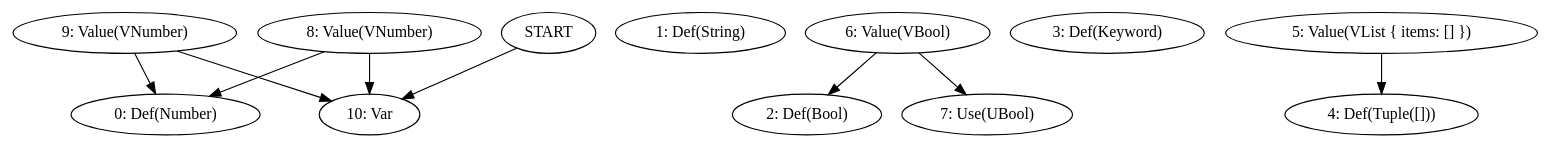
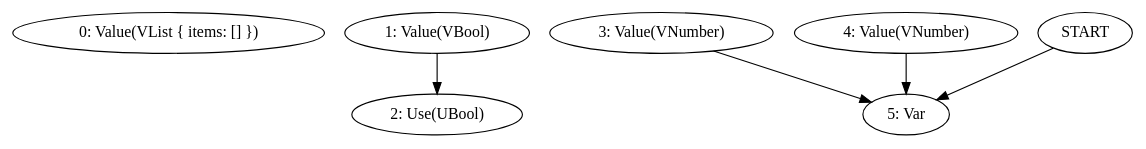
The first of 2 diagrams in docs/log/2025-06-16.md (frondeus/project-s), drawn with Graphviz before and after one commit. The commit also changed other lines of this file and 31 other files, not shown here.

````diff
--- a/docs/log/2025-06-16.md
+++ b/docs/log/2025-06-16.md
@@ -16,24 +16,15 @@
 ```graphviz
 digraph G {
-N0 [label="0: Def(Number)"];
-N1 [label="1: Def(String)"];
-N2 [label="2: Def(Bool)"];
-N3 [label="3: Def(Keyword)"];
-N4 [label="4: Def(Tuple([]))"];
-N5 [label="5: Value(VList { items: [] })"];
-N6 [label="6: Value(VBool)"];
-N7 [label="7: Use(UBool)"];
-N8 [label="8: Value(VNumber)"];
-N9 [label="9: Value(VNumber)"];
-N10 [label="10: Var"];
-START -> N10
-N5 -> N4;
-N6 -> N2;
-N6 -> N7;
-N8 -> N0;
-N8 -> N10;
-N9 -> N0;
-N9 -> N10;
+N0 [label="0: Value(VList { items: [] })"];
+N1 [label="1: Value(VBool)"];
+N2 [label="2: Use(UBool)"];
+N3 [label="3: Value(VNumber)"];
+N4 [label="4: Value(VNumber)"];
+N5 [label="5: Var"];
+START -> N5
+N1 -> N2;
+N3 -> N5;
+N4 -> N5;
 }
 
 ```
````
